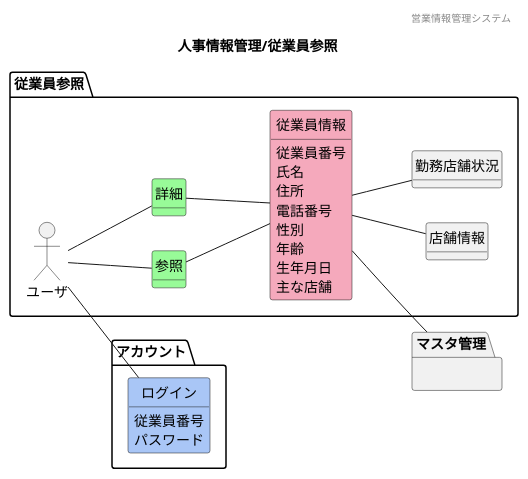
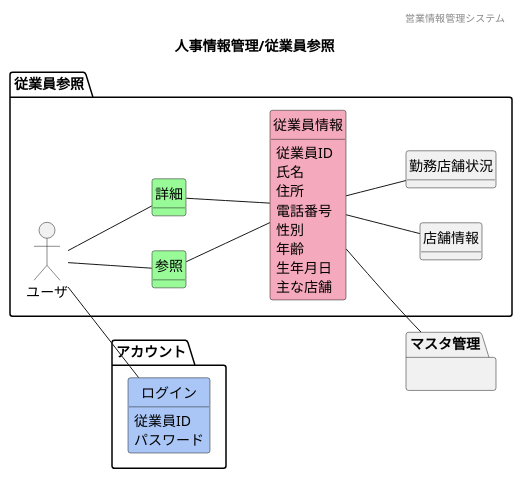
One commit to HaruShim/Sotuken changed the diagram in 各種設計書/1ドメインモデル図/人事情報管理/F12従業員参照.plantuml. Above: the diagram before and after it, drawn with PlantUML. The commit also changed 11 other files, not shown here.

```diff
--- a/各種設計書/1ドメインモデル図/人事情報管理/F12従業員参照.plantuml
+++ b/各種設計書/1ドメインモデル図/人事情報管理/F12従業員参照.plantuml
@@ -1,63 +1,63 @@
 @startuml images/人事情報管理/従業員参照
 ' ヘッダー
 header 営業情報管理システム
 ' タイトル
 title 人事情報管理/従業員参照
 ' 
 hide circle
 ' 
 hide method
 left to right direction
 
 package "アカウント"{
     class "ログイン" #A9C6F6
 }
 
 package "従業員参照" {
     'ユーザや外部システム
     mix_actor "ユーザ"
     class "参照" #98fb98
     class "詳細" #98fb98
     class "従業員情報" #F5A9BC
     class "店舗情報"
     class "勤務店舗状況"
 }
     package "マスタ管理"{
     }
     ' class "" #F5A9BC
     ' class "" #ffd700
 
     'モデル同士の関係
     ユーザ -- 参照
     ユーザ -- 詳細
     ユーザ -- ログイン
     参照 -- 従業員情報
     詳細 -- 従業員情報
     従業員情報 -- 勤務店舗状況
     従業員情報 -- マスタ管理
     従業員情報 -- 店舗情報
 
     'ドメインクラスの属性
-    従業員情報 : 従業員番号
+    従業員情報 : 従業員ID
     従業員情報 : 氏名
     従業員情報 : 住所
     従業員情報 : 電話番号
     従業員情報 : 性別
     従業員情報 : 年齢
     従業員情報 : 生年月日
     従業員情報 : 主な店舗
     ' 店舗情報 : 店舗名
     ' 店舗情報 : 住所
     ' 店舗情報 : 連絡先
     ' 店舗情報 : 店長
     ' 店舗情報 : 主な従業員
     ' 勤務店舗状況 : 店舗名
     ' 勤務店舗状況 : 従業員数
     ' 勤務店舗状況 : 責任者
-    ログイン : 従業員番号
+    ログイン : 従業員ID
     ログイン : パスワード
 
 
 
 
 @enduml
```
